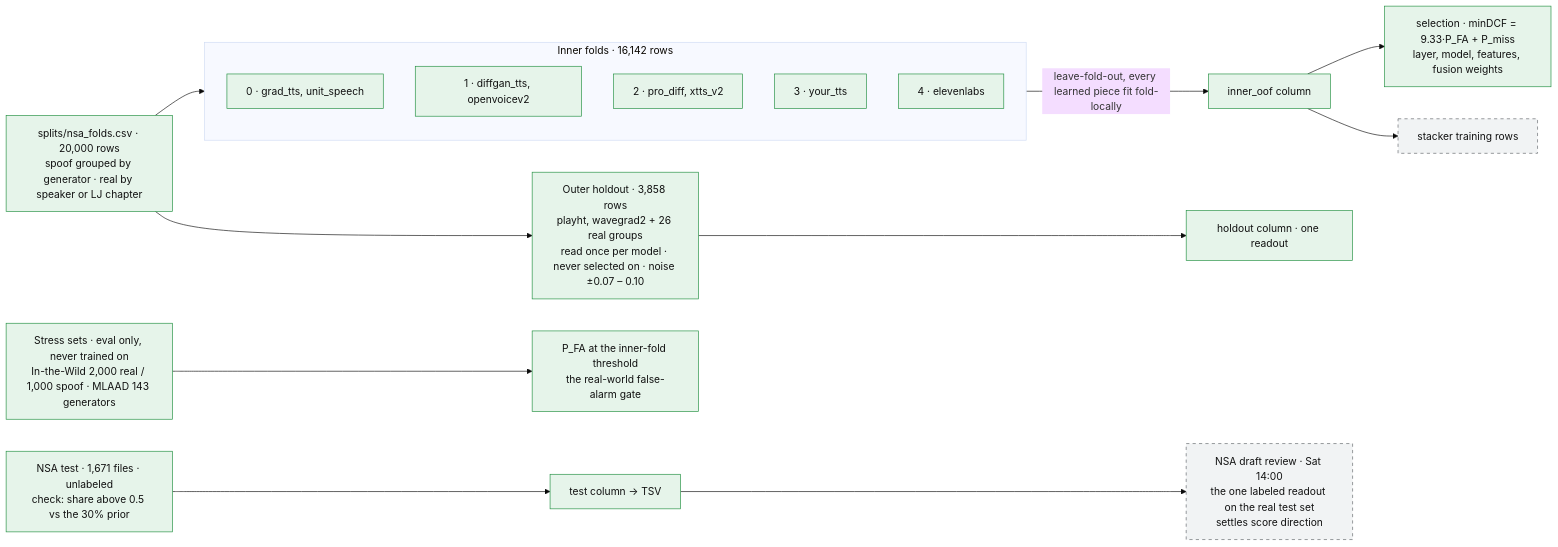
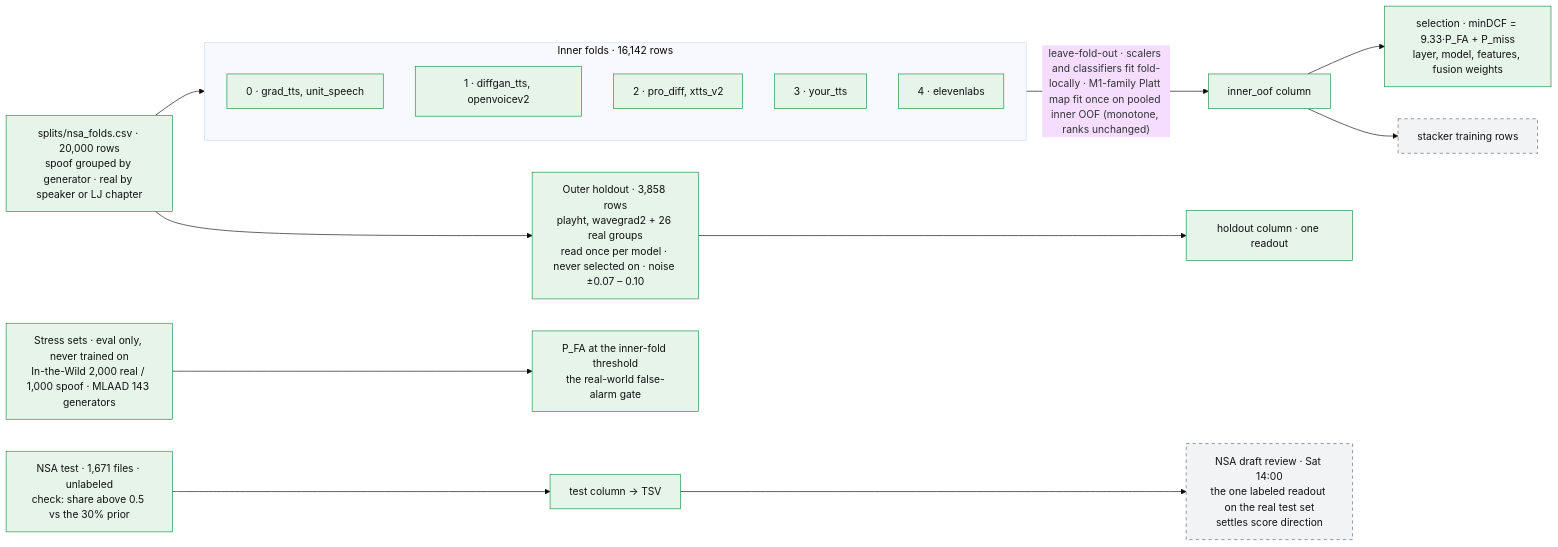
Before and after one commit to nrstough/hearsay: the fourth of 5 diagrams in docs/architecture.md, drawn with Mermaid (base theme). The commit also changed 3 other files, not shown here.

Commit message:
docs(heads): Codex audit round 1 — Platt is pooled over inner OOF, not fold-local (report, spec, architecture); final suite 775 passed

````diff
--- a/docs/architecture.md
+++ b/docs/architecture.md
@@ -172,31 +172,31 @@
 ```mermaid
 flowchart LR
   FF["splits/nsa_folds.csv · 20,000 rows<br/>spoof grouped by generator · real by speaker or LJ chapter"]
 
   subgraph inner["Inner folds · 16,142 rows"]
     f0["0 · grad_tts, unit_speech"]
     f1["1 · diffgan_tts, openvoicev2"]
     f2["2 · pro_diff, xtts_v2"]
     f3["3 · your_tts"]
     f4["4 · elevenlabs"]
   end
   HO["Outer holdout · 3,858 rows<br/>playht, wavegrad2 + 26 real groups<br/>read once per model · never selected on · noise ±0.07 – 0.10"]
   ST["Stress sets · eval only, never trained on<br/>In-the-Wild 2,000 real / 1,000 spoof · MLAAD 143 generators"]
   TE["NSA test · 1,671 files · unlabeled<br/>check: share above 0.5 vs the 30% prior"]
 
   FF --> inner
   FF --> HO
-  inner -->|"leave-fold-out, every learned piece fit fold-locally"| OOF["inner_oof column"]
+  inner -->|"leave-fold-out · scalers and classifiers fit fold-locally · M1-family Platt map fit once on pooled inner OOF (monotone, ranks unchanged)"| OOF["inner_oof column"]
   OOF --> SEL["selection · minDCF = 9.33·P_FA + P_miss<br/>layer, model, features, fusion weights"]
   OOF --> STK["stacker training rows"]
   HO --> HOC["holdout column · one readout"]
   ST --> SR["P_FA at the inner-fold threshold<br/>the real-world false-alarm gate"]
   TE --> TC["test column → TSV"]
   DR["NSA draft review · Sat 14:00<br/>the one labeled readout on the real test set<br/>settles score direction"]
   TC --> DR
 
   classDef built fill:#e6f4ea,stroke:#1e8e3e,color:#111
   classDef planned fill:#f1f3f4,stroke:#5f6368,color:#111,stroke-dasharray:5
   class FF,f0,f1,f2,f3,f4,HO,ST,TE,OOF,SEL,HOC,SR,TC built
   class STK,DR planned
 ```
````
